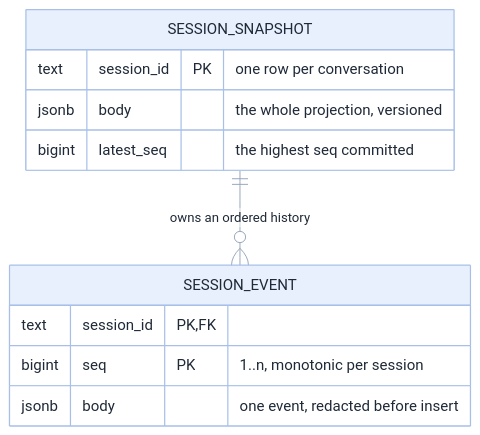
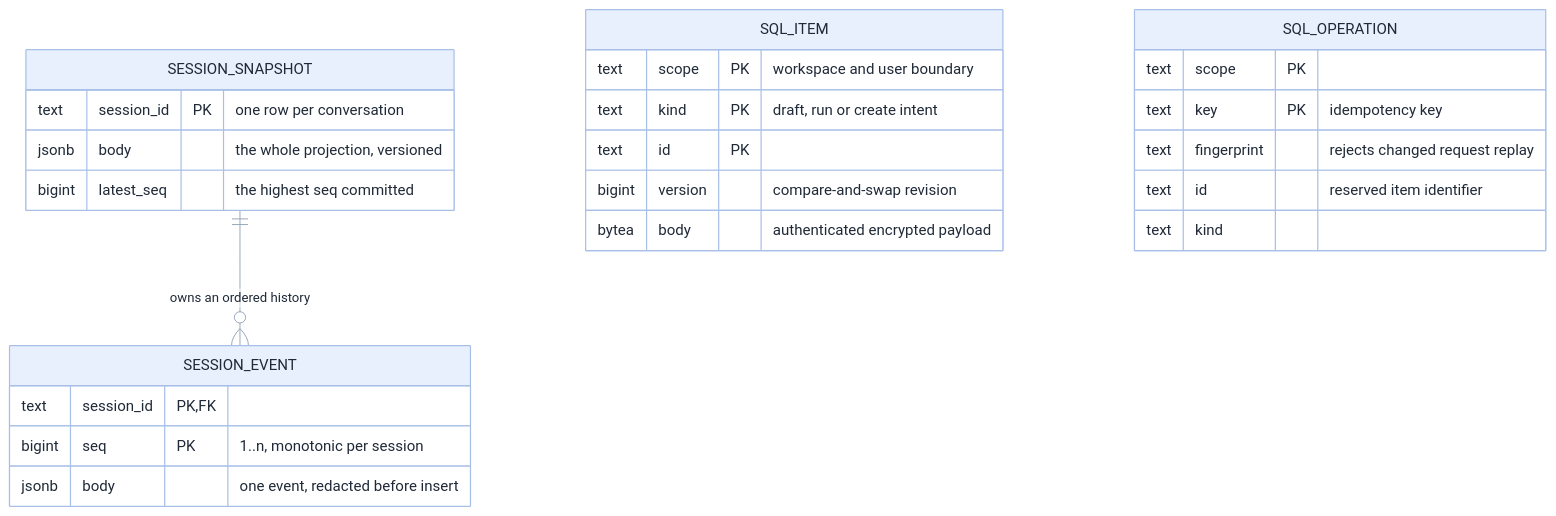
Before and after one commit to raphaelmansuy/edgegenie: the second of 6 diagrams in docs/10-data-model.md, drawn with Mermaid. The commit also changed other lines of this file and 3 other files, not shown here.

Commit message:
Align published architecture checks with SQL query support

````diff
--- a/docs/10-data-model.md
+++ b/docs/10-data-model.md
@@ -71,16 +74,30 @@
 ```mermaid
 %%{init: {'theme':'base','themeVariables':{'primaryColor':'#E8F0FE','primaryTextColor':'#1F2937','primaryBorderColor':'#A8C0E8','lineColor':'#94A3B8'}}}%%
 erDiagram
     SESSION_SNAPSHOT ||--o{ SESSION_EVENT : "owns an ordered history"
+    SQL_ITEM {
+        text scope PK "workspace and user boundary"
+        text kind PK "draft, run or create intent"
+        text id PK
+        bigint version "compare-and-swap revision"
+        bytea body "authenticated encrypted payload"
+    }
+    SQL_OPERATION {
+        text scope PK
+        text key PK "idempotency key"
+        text fingerprint "rejects changed request replay"
+        text id "reserved item identifier"
+        text kind
+    }
 
     SESSION_SNAPSHOT {
         text   session_id PK "one row per conversation"
         jsonb  body       "the whole projection, versioned"
         bigint latest_seq "the highest seq committed"
     }
     SESSION_EVENT {
         text   session_id PK, FK
         bigint seq        PK "1..n, monotonic per session"
         jsonb  body       "one event, redacted before insert"
     }
 ```
````
